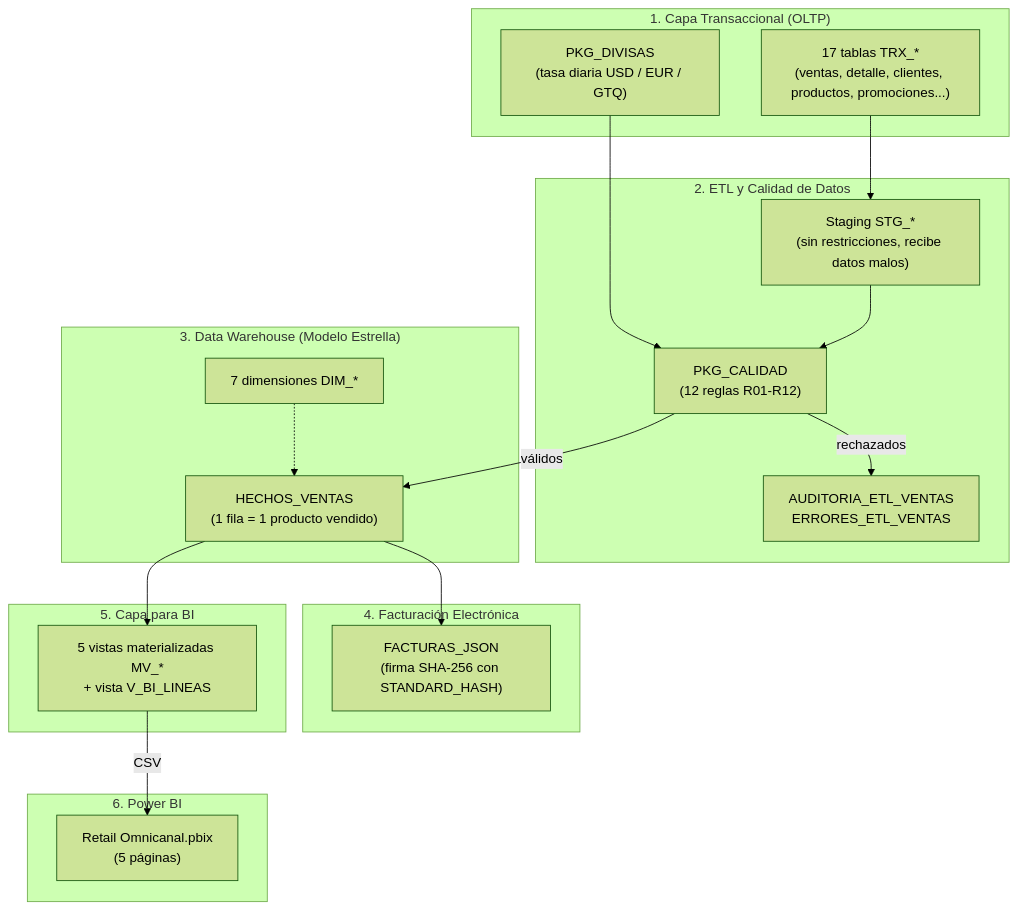
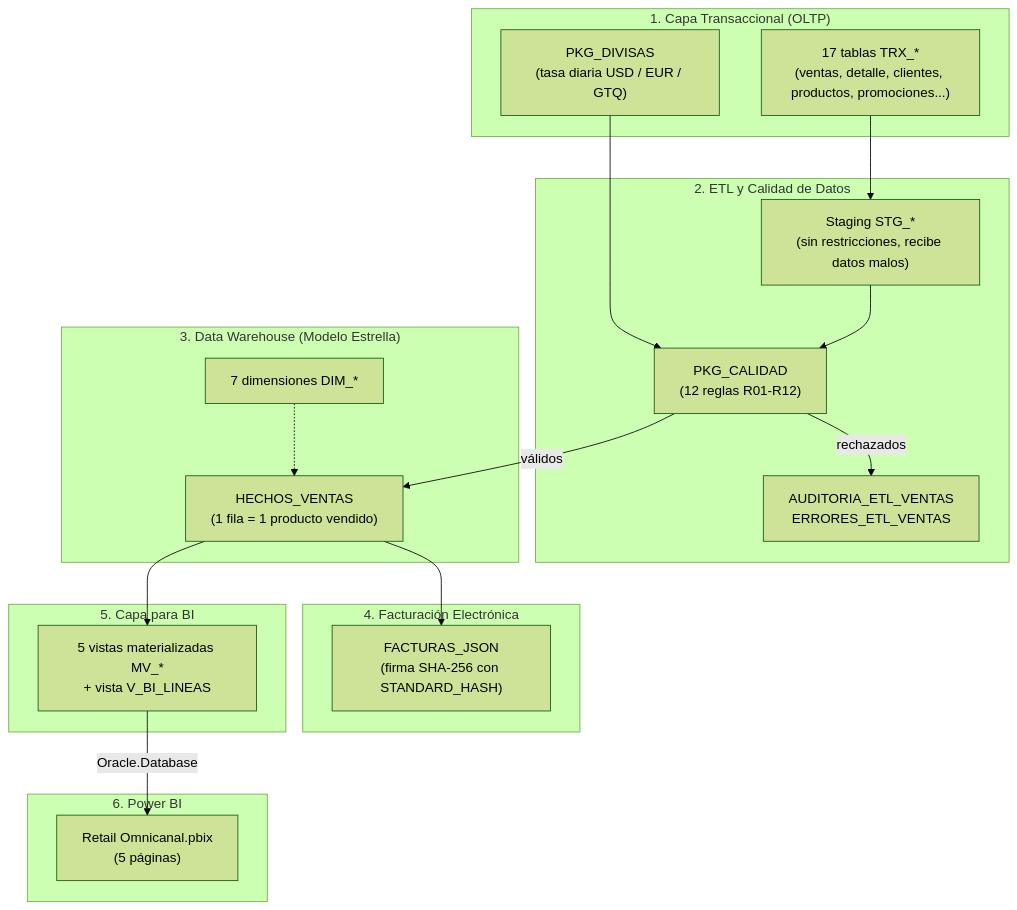
Before and after one commit to Miguel20170346/retail-omnichannel-analytics: the first of 2 diagrams in README.md, drawn with Mermaid (forest theme). The commit also changed other lines of this file and 2 other files, not shown here.

Commit message:
feat(bi): actualizar tablero Power BI con conexion directa a Oracle y evidencia PDF

````diff
--- a/README.md
+++ b/README.md
@@ -17,40 +17,40 @@
 ```mermaid
 flowchart TD
     subgraph OLTP ["1. Capa Transaccional (OLTP)"]
         O1["17 tablas TRX_*<br/>(ventas, detalle, clientes, productos, promociones...)"]
         O2["PKG_DIVISAS<br/>(tasa diaria USD / EUR / GTQ)"]
     end
 
     subgraph ETL ["2. ETL y Calidad de Datos"]
         S1["Staging STG_*<br/>(sin restricciones, recibe datos malos)"]
         Q1["PKG_CALIDAD<br/>(12 reglas R01-R12)"]
         A1["AUDITORIA_ETL_VENTAS<br/>ERRORES_ETL_VENTAS"]
     end
 
     subgraph DW ["3. Data Warehouse (Modelo Estrella)"]
         F1["HECHOS_VENTAS<br/>(1 fila = 1 producto vendido)"]
         D1["7 dimensiones DIM_*"]
     end
 
     subgraph FAC ["4. Facturación Electrónica"]
         J1["FACTURAS_JSON<br/>(firma SHA-256 con STANDARD_HASH)"]
     end
 
     subgraph SEM ["5. Capa para BI"]
         MV["5 vistas materializadas MV_*<br/>+ vista V_BI_LINEAS"]
     end
 
     subgraph BI ["6. Power BI"]
         PBI["Retail Omnicanal.pbix<br/>(5 páginas)"]
     end
 
     O1 --> S1
     O2 --> Q1
     S1 --> Q1
     Q1 -->|válidos| F1
     Q1 -->|rechazados| A1
     D1 -.-> F1
     F1 --> J1
     F1 --> MV
-    MV -->|CSV| PBI
+    MV -->|Oracle.Database| PBI
 ```
````
